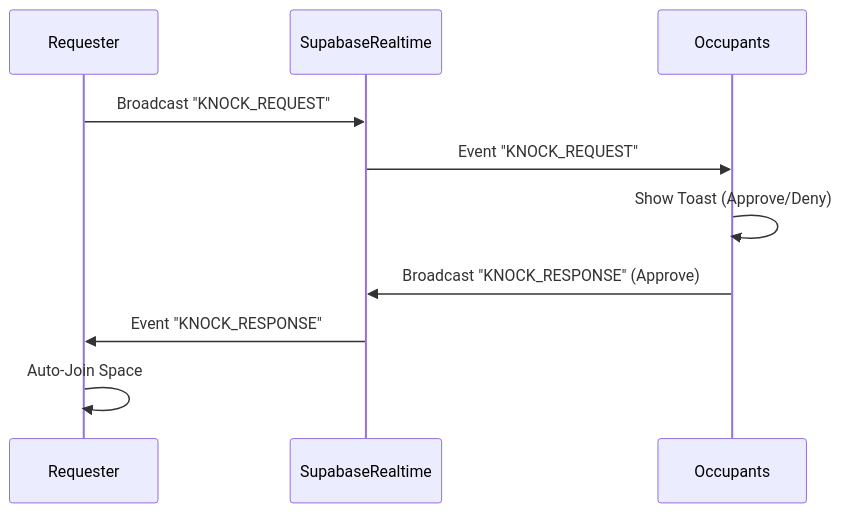
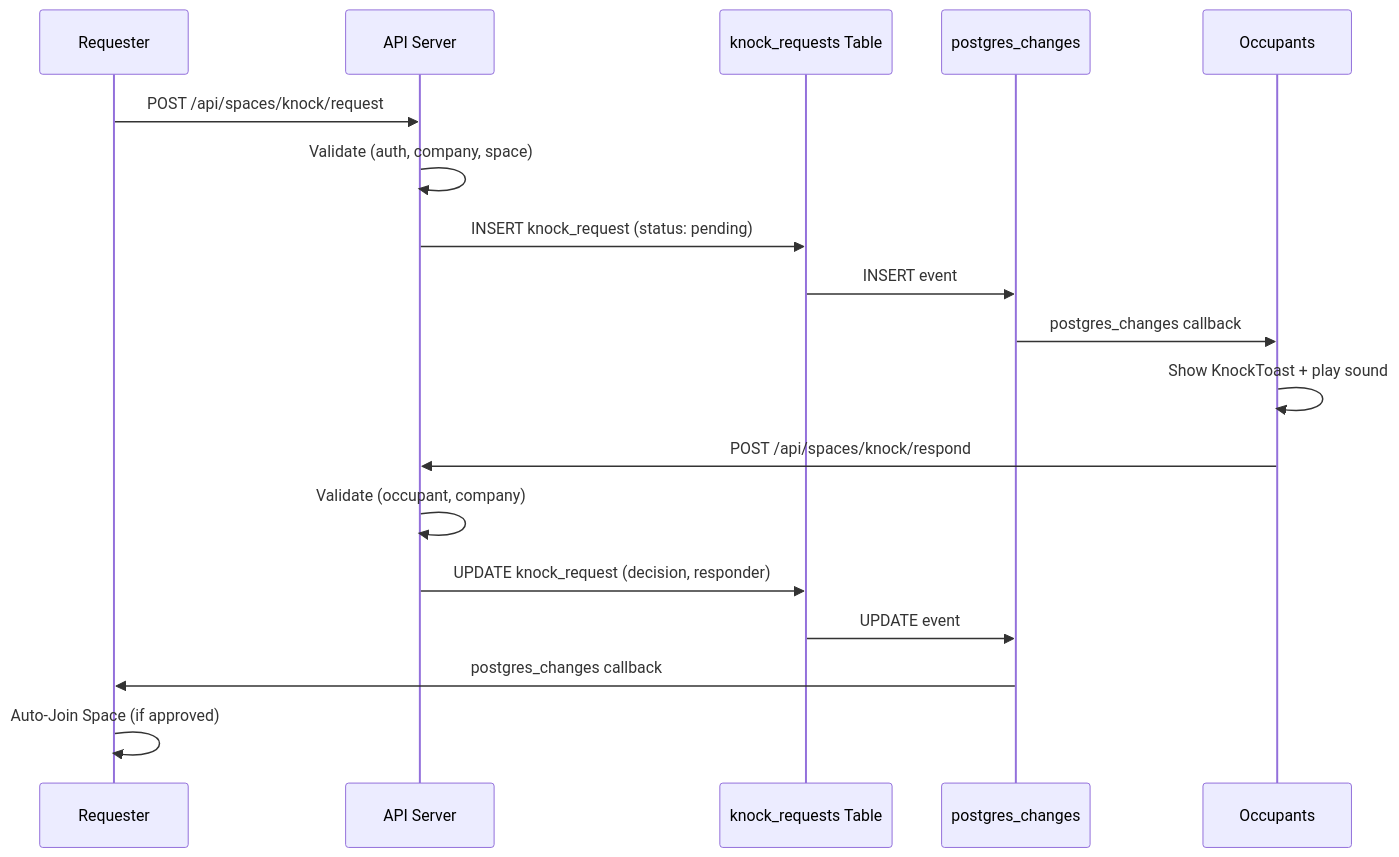
The diagram in docs/sprint-artifacts/3-16-knock-to-enter-workflow.md (giuice/virtual-office), drawn with Mermaid before and after one commit. The commit also changed other lines of this file and 15 other files, not shown here.

First line of the commit message:
Refactor validation report and API routes; enhance knock signaling with polling fallback

````diff
--- a/docs/sprint-artifacts/3-16-knock-to-enter-workflow.md
+++ b/docs/sprint-artifacts/3-16-knock-to-enter-workflow.md
@@ -95,14 +95,22 @@
 ```mermaid
 sequenceDiagram
     participant Requester
-    participant SupabaseRealtime
+    participant Server as API Server
+    participant DB as knock_requests Table
+    participant PGChanges as postgres_changes
     participant Occupants
 
-    Requester->>SupabaseRealtime: Broadcast "KNOCK_REQUEST"
-    SupabaseRealtime->>Occupants: Event "KNOCK_REQUEST"
-    Occupants->>Occupants: Show Toast (Approve/Deny)
-    
-    Occupants->>SupabaseRealtime: Broadcast "KNOCK_RESPONSE" (Approve)
-    SupabaseRealtime->>Requester: Event "KNOCK_RESPONSE"
-    Requester->>Requester: Auto-Join Space
+    Requester->>Server: POST /api/spaces/knock/request
+    Server->>Server: Validate (auth, company, space)
+    Server->>DB: INSERT knock_request (status: pending)
+    DB->>PGChanges: INSERT event
+    PGChanges->>Occupants: postgres_changes callback
+    Occupants->>Occupants: Show KnockToast + play sound
+
+    Occupants->>Server: POST /api/spaces/knock/respond
+    Server->>Server: Validate (occupant, company)
+    Server->>DB: UPDATE knock_request (decision, responder)
+    DB->>PGChanges: UPDATE event
+    PGChanges->>Requester: postgres_changes callback
+    Requester->>Requester: Auto-Join Space (if approved)
 ```
````
